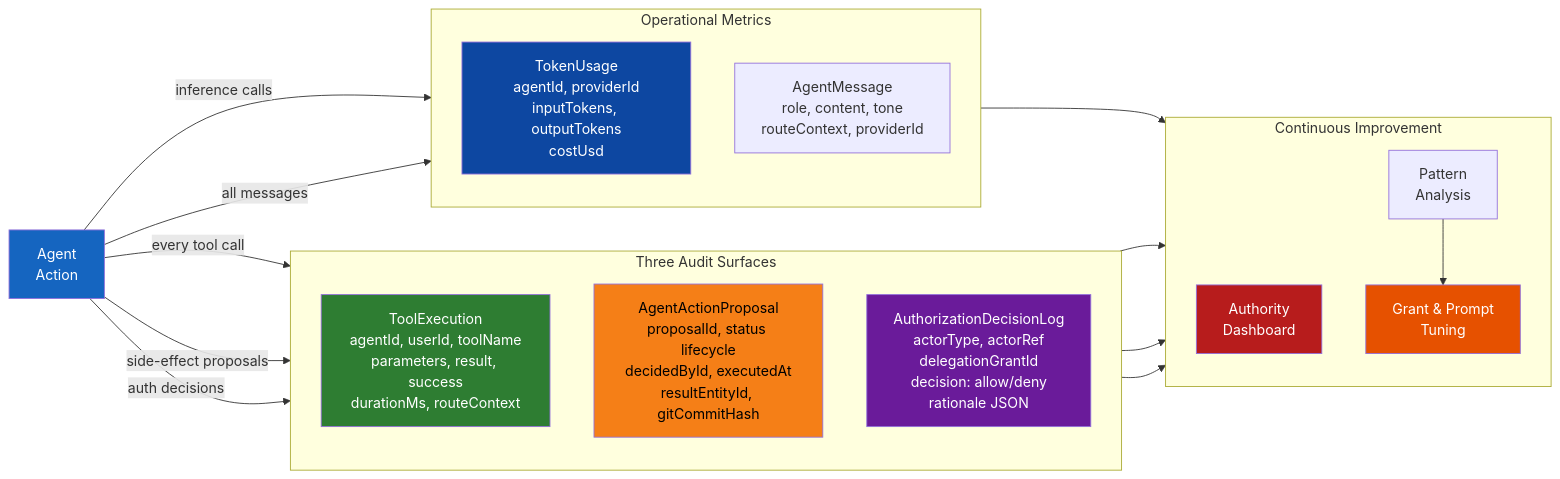
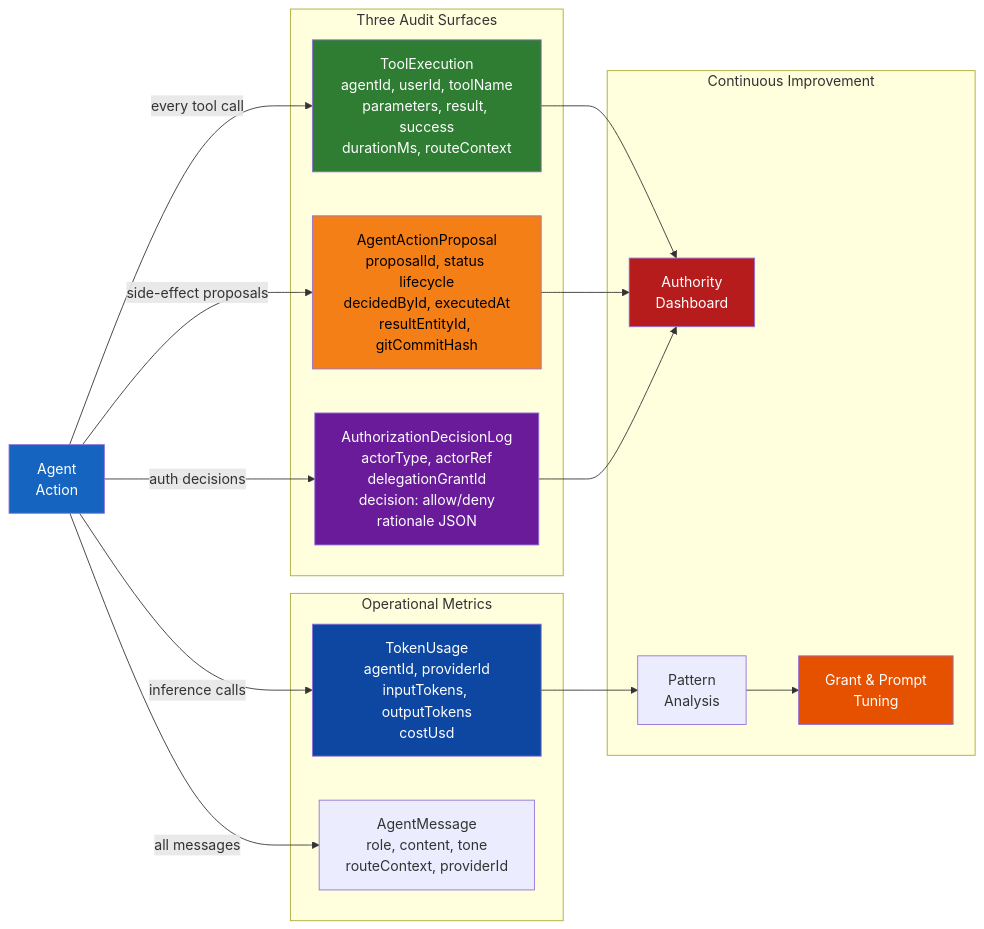
The diagram in docs/architecture/tak-diagrams/06-audit-trail.mmd (OpenDigitalProductFactory/opendigitalproductfactory), drawn with Mermaid before and after one commit. The commit also changed 3 other files, not shown here.

First line of the commit message:
fix(diagrams): remove subgraph direction keywords for Mermaid 10.3 compat

```diff
--- a/docs/architecture/tak-diagrams/06-audit-trail.mmd
+++ b/docs/architecture/tak-diagrams/06-audit-trail.mmd
@@ -1,42 +1,39 @@
 flowchart LR
     ACTION["Agent\nAction"]
 
     subgraph AUDIT["Three Audit Surfaces"]
-        direction TB
         TE["ToolExecution\nagentId, userId, toolName\nparameters, result, success\ndurationMs, routeContext"]
         AAP["AgentActionProposal\nproposalId, status lifecycle\ndecidedById, executedAt\nresultEntityId, gitCommitHash"]
         ADL["AuthorizationDecisionLog\nactorType, actorRef\ndelegationGrantId\ndecision: allow/deny\nrationale JSON"]
     end
 
     subgraph METRICS["Operational Metrics"]
-        direction TB
         TU["TokenUsage\nagentId, providerId\ninputTokens, outputTokens\ncostUsd"]
         AM["AgentMessage\nrole, content, tone\nrouteContext, providerId"]
     end
 
     subgraph ANALYTICS["Continuous Improvement"]
-        direction TB
         DASH["Authority\nDashboard"]
         PATTERNS["Pattern\nAnalysis"]
         ADJUST["Grant & Prompt\nTuning"]
     end
 
     ACTION -->|every tool call| TE
     ACTION -->|side-effect proposals| AAP
     ACTION -->|auth decisions| ADL
     ACTION -->|inference calls| TU
     ACTION -->|all messages| AM
 
     TE --> DASH
     AAP --> DASH
     ADL --> DASH
     TU --> PATTERNS
     PATTERNS --> ADJUST
 
     style ACTION fill:#1565c0,color:#fff
     style TE fill:#2e7d32,color:#fff
     style AAP fill:#f57f17,color:#000
     style ADL fill:#6a1b9a,color:#fff
     style TU fill:#0d47a1,color:#fff
     style DASH fill:#b71c1c,color:#fff
     style ADJUST fill:#e65100,color:#fff
```
